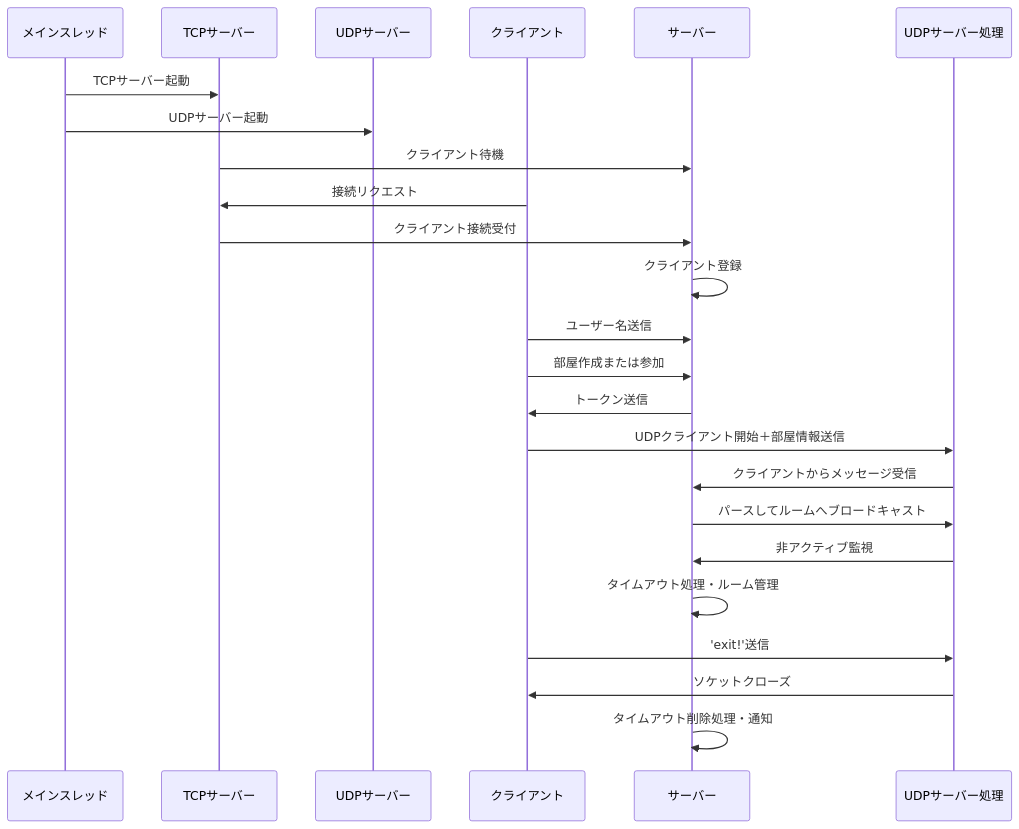
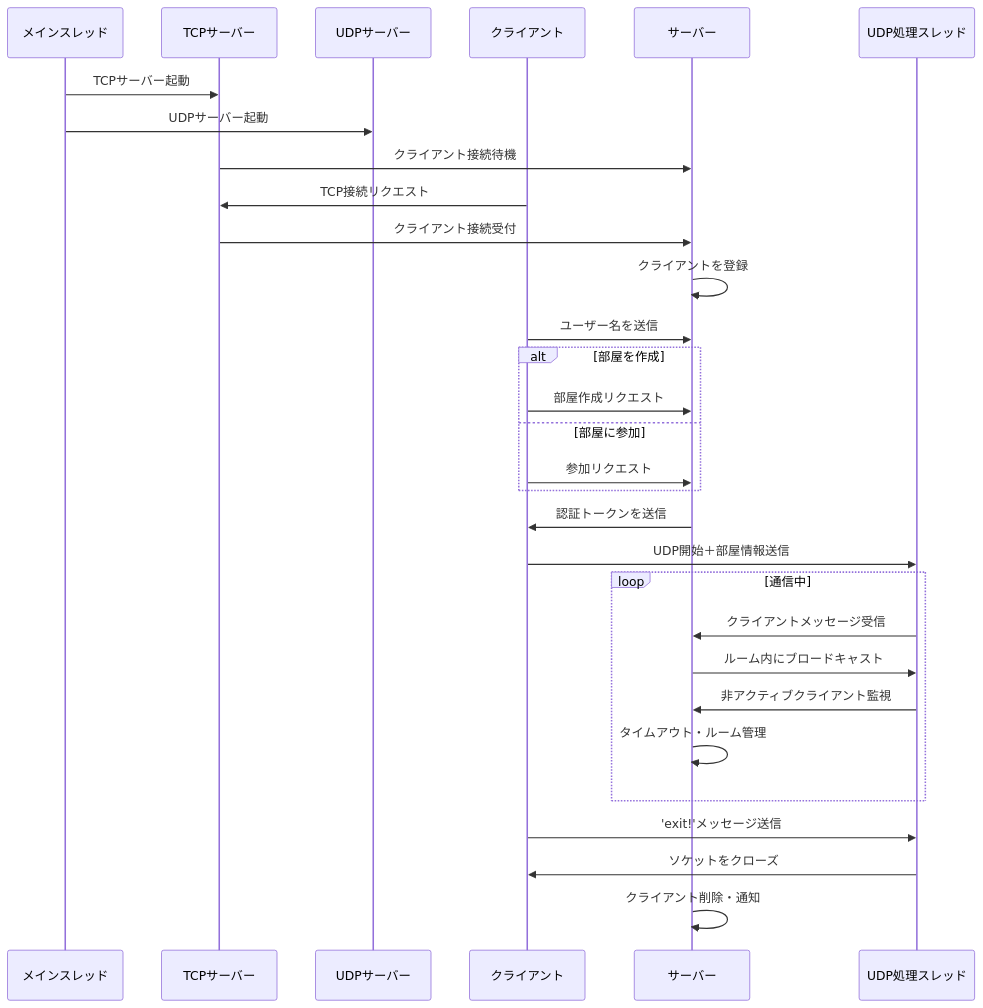
One commit to BackendExplorer/Tenshin changed the diagram in README.md. Above: the diagram before and after it, drawn with Mermaid.

````diff
--- a/README.md
+++ b/README.md
@@ -1,35 +1,44 @@
 ```mermaid
 sequenceDiagram
     participant メインスレッド
     participant TCPサーバー
     participant UDPサーバー
     participant クライアント
     participant サーバー
-    participant UDPサーバー処理
+    participant UDP処理スレッド
 
-    %% サーバー起動
+    %% サーバー起動処理
     メインスレッド->>TCPサーバー: TCPサーバー起動
     メインスレッド->>UDPサーバー: UDPサーバー起動
-    TCPサーバー->>サーバー: クライアント待機
-    クライアント->>TCPサーバー: 接続リクエスト
+    TCPサーバー->>サーバー: クライアント接続待機
+
+    %% クライアント接続と認証
+    クライアント->>TCPサーバー: TCP接続リクエスト
     TCPサーバー->>サーバー: クライアント接続受付
-    サーバー->>サーバー: クライアント登録
+    サーバー->>サーバー: クライアントを登録
 
-    %% クライアント起動・部屋作成/参加
-    クライアント->>サーバー: ユーザー名送信
-    クライアント->>サーバー: 部屋作成または参加
-    サーバー->>クライアント: トークン送信
-    クライアント->>UDPサーバー処理: UDPクライアント開始＋部屋情報送信
+    %% クライアントの部屋作成または参加
+    クライアント->>サーバー: ユーザー名を送信
+    alt 部屋を作成
+        クライアント->>サーバー: 部屋作成リクエスト
+    else 部屋に参加
+        クライアント->>サーバー: 参加リクエスト
+    end
+    サーバー->>クライアント: 認証トークンを送信
 
-    %% メッセージ処理
-    UDPサーバー処理->>サーバー: クライアントからメッセージ受信
-    サーバー->>UDPサーバー処理: パースしてルームへブロードキャスト
-    UDPサーバー処理->>サーバー: 非アクティブ監視
-    サーバー->>サーバー: タイムアウト処理・ルーム管理
+    %% UDP通信開始
+    クライアント->>UDP処理スレッド: UDP開始＋部屋情報送信
 
-    %% クライアント終了
-    クライアント->>UDPサーバー処理: 'exit!'送信
-    UDPサーバー処理->>クライアント: ソケットクローズ
-    サーバー->>サーバー: タイムアウト削除処理・通知
+    %% メッセージ送受信処理
+    loop 通信中
+        UDP処理スレッド->>サーバー: クライアントメッセージ受信
+        サーバー->>UDP処理スレッド: ルーム内にブロードキャスト
+        UDP処理スレッド->>サーバー: 非アクティブクライアント監視
+        サーバー->>サーバー: タイムアウト・ルーム管理
+    end
 
+    %% クライアント終了処理
+    クライアント->>UDP処理スレッド: 'exit!'メッセージ送信
+    UDP処理スレッド->>クライアント: ソケットをクローズ
+    サーバー->>サーバー: クライアント削除・通知
 ```
````
